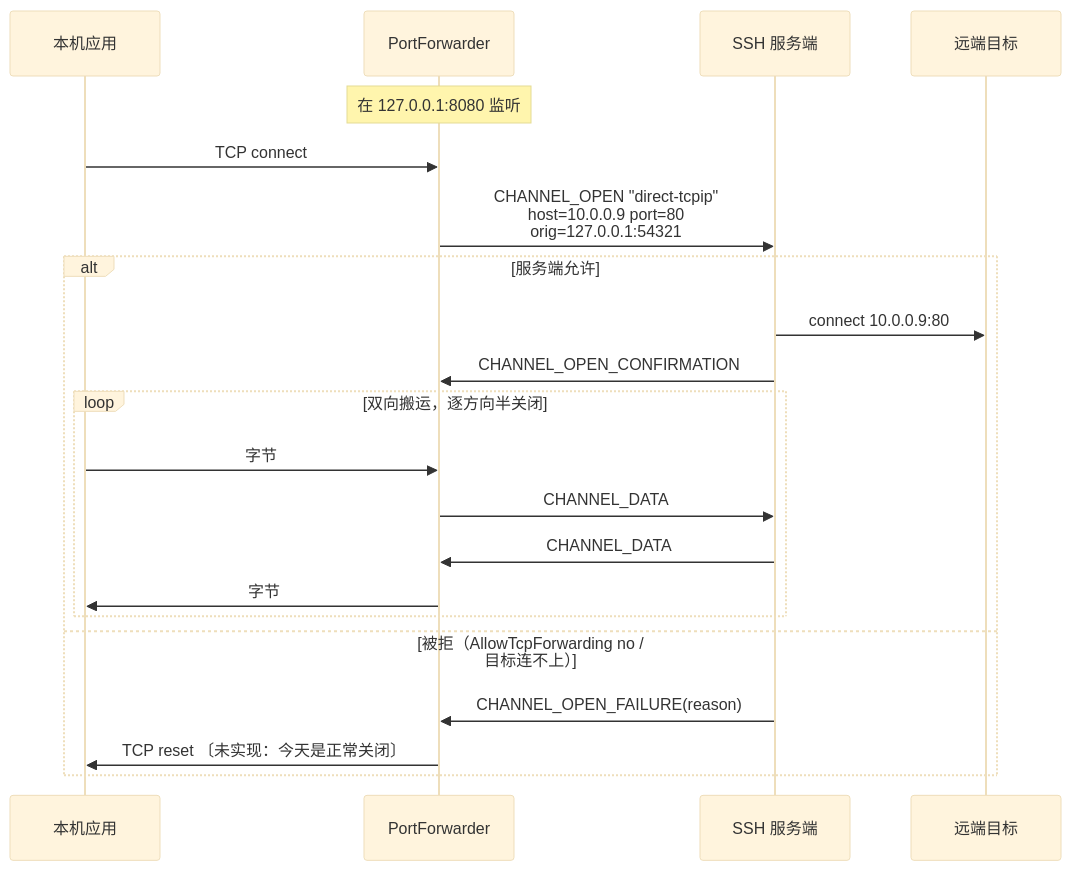
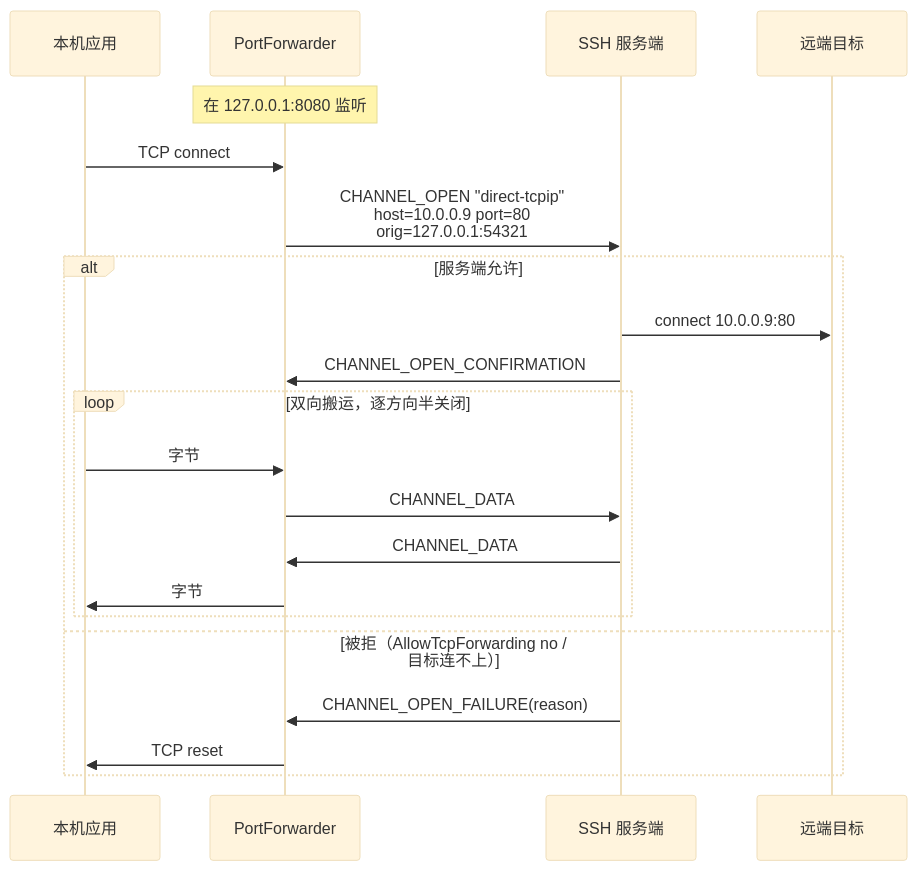
One commit to VelaShellLabs/velashell-docs changed the first of 3 diagrams in zh/ssh/spec/07-forwarding.md. Above: the diagram before and after it, drawn with Mermaid (base theme). The commit also changed other lines of this file and 1 other file, not shown here.

First line of the commit message:
SSH 规格 07:开通道时限、被拒时重置本机连接、远程转发撞上限报事件,三处〔未实现〕落地

````diff
--- a/zh/ssh/spec/07-forwarding.md
+++ b/zh/ssh/spec/07-forwarding.md
@@ -29,24 +29,24 @@
 ```mermaid
 sequenceDiagram
     participant App as 本机应用
     participant F as PortForwarder
     participant S as SSH 服务端
     participant T as 远端目标
 
     Note over F: 在 127.0.0.1:8080 监听
     App->>F: TCP connect
     F->>S: CHANNEL_OPEN "direct-tcpip"<br/>host=10.0.0.9 port=80<br/>orig=127.0.0.1:54321
     alt 服务端允许
         S->>T: connect 10.0.0.9:80
         S->>F: CHANNEL_OPEN_CONFIRMATION
         loop 双向搬运，逐方向半关闭
             App->>F: 字节
             F->>S: CHANNEL_DATA
             S->>F: CHANNEL_DATA
             F->>App: 字节
         end
     else 被拒（AllowTcpForwarding no / 目标连不上）
         S->>F: CHANNEL_OPEN_FAILURE(reason)
-        F->>App: TCP reset 〔未实现：今天是正常关闭〕
+        F->>App: TCP reset
     end
 ```
````
